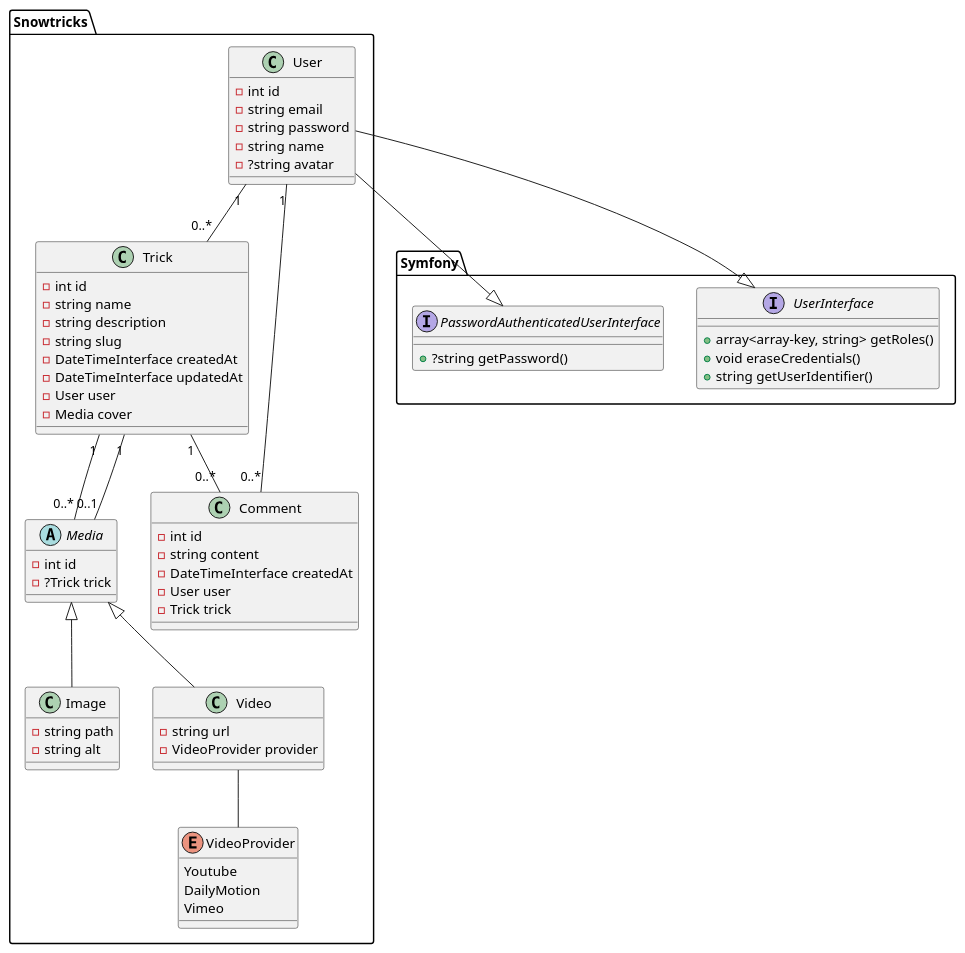
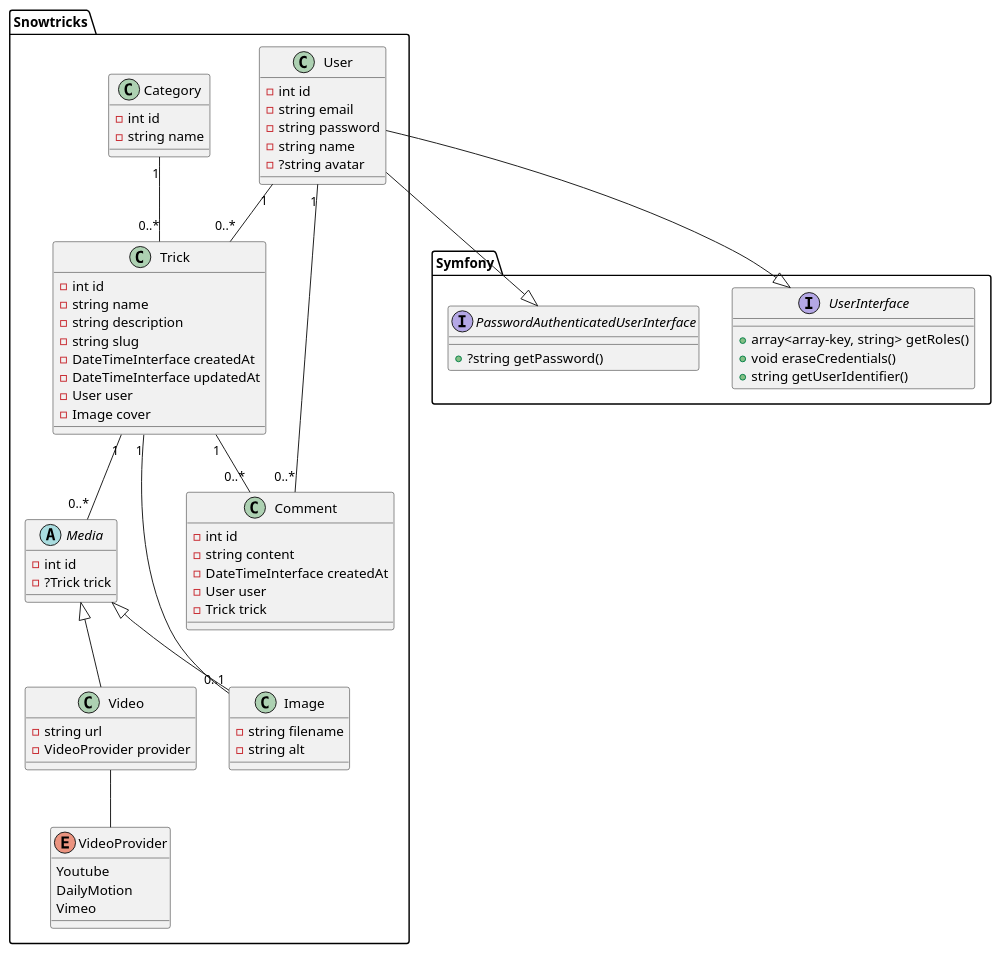
One commit to TBoileau/oc-symfony-6 changed the diagram in docs/puml/class_diagram.puml. Above: the diagram before and after it, drawn with PlantUML. The commit also changed 30 other files, not shown here.

```diff
--- a/docs/puml/class_diagram.puml
+++ b/docs/puml/class_diagram.puml
@@ -1,78 +1,85 @@
 @startuml
 
 package "Snowtricks" {
     class User {
         - int id
         - string email
         - string password
         - string name
         - ?string avatar
     }
 
     class Trick {
         - int id
         - string name
         - string description
         - string slug
         - DateTimeInterface createdAt
         - DateTimeInterface updatedAt
         - User user
-        - Media cover
+        - Image cover
     }
 
     User "1" -- "0..*" Trick
+
+    class Category {
+        - int id
+        - string name
+    }
+
+    Category "1" -- "0..*" Trick
 
     class Comment {
         - int id
         - string content
         - DateTimeInterface createdAt
         - User user
         - Trick trick
     }
 
     User "1" -- "0..*" Comment
     Trick "1" -- "0..*" Comment
 
     abstract class Media {
         - int id
         - ?Trick trick
     }
 
     class Image extends Media {
-        - string path
+        - string filename
         - string alt
     }
 
     class Video extends Media {
         - string url
         - VideoProvider provider
     }
 
     enum VideoProvider {
         Youtube
         DailyMotion
         Vimeo
     }
 
     Trick "1" -- "0..*" Media
-    Trick "1" -- "0..1" Media
+    Trick "1" -- "0..1" Image
     Video -- VideoProvider
 }
 
 package "Symfony" {
     interface UserInterface {
         + array<array-key, string> getRoles()
         + void eraseCredentials()
         + string getUserIdentifier()
     }
 
     interface PasswordAuthenticatedUserInterface {
         + ?string getPassword()
     }
 }
 
 
 User --|> UserInterface
 User --|> PasswordAuthenticatedUserInterface
 
 @enduml
```
